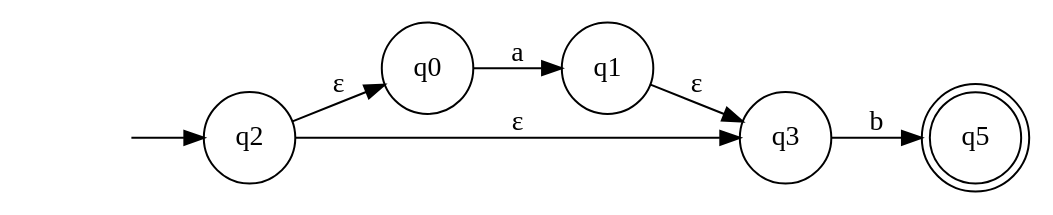
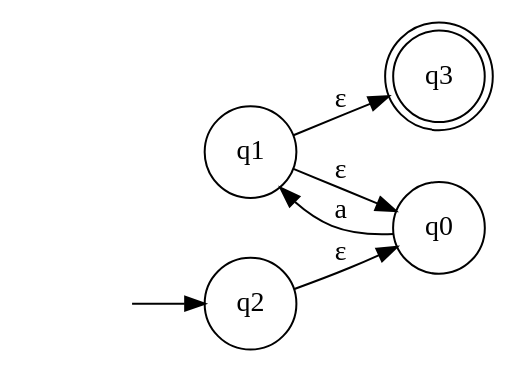
Before and after one commit to Logic-1729/CS2205-Lexer: the diagram in nfa_graph.dot, drawn with Graphviz. The commit also changed 10 other files, not shown here.

```diff
--- a/nfa_graph.dot
+++ b/nfa_graph.dot
@@ -1,9 +1,8 @@
 digraph NFA { rankdir=LR; node [shape=circle];
-  q5 [shape=doublecircle];
+  q3 [shape=doublecircle];
   __start0 [shape=none, label=""]; __start0 -> q2;
   q0 -> q1 [label="a"];
   q2 -> q0 [label="ε"];
   q1 -> q3 [label="ε"];
-  q2 -> q3 [label="ε"];
-  q3 -> q5 [label="b"];
+  q1 -> q0 [label="ε"];
 }
```
